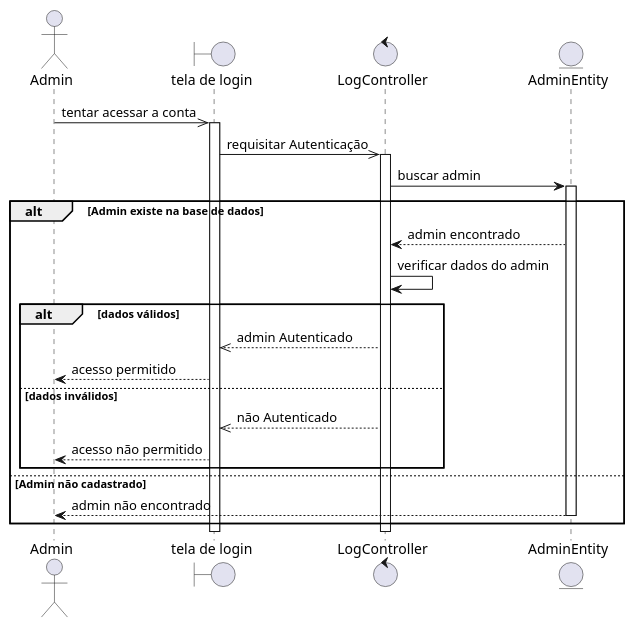
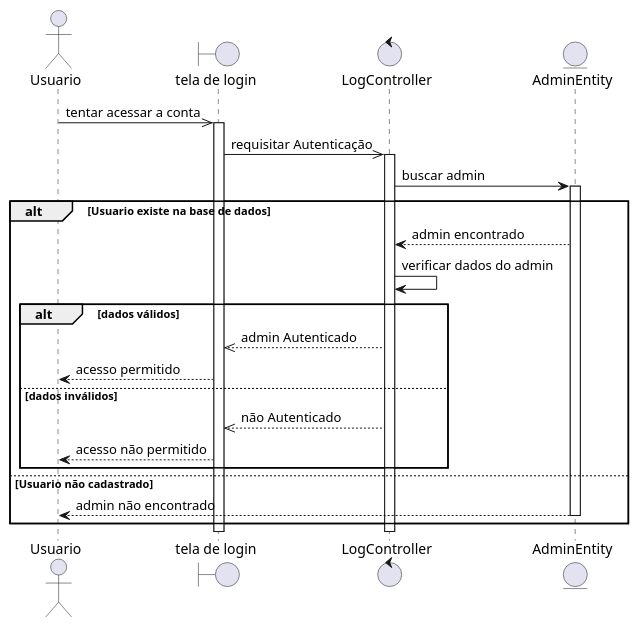
The diagram in design/sequence_code/autenticacao/admin.login.wsd (rodrigoRolim/AC-backend), drawn with PlantUML before and after one commit. The commit also changed 61 other files, not shown here.

Commit message:
change requeriments and diagrams

```diff
--- a/design/sequence_code/autenticacao/admin.login.wsd
+++ b/design/sequence_code/autenticacao/admin.login.wsd
@@ -1,33 +1,33 @@
 @startuml
-actor Admin
+actor Usuario
 boundary "tela de login" as login
 control LogController as controle
 entity AdminEntity as entidade
 
-Admin ->> login: tentar acessar a conta
+Usuario ->> login: tentar acessar a conta
 activate login
 login ->> controle: requisitar Autenticação
 activate controle
 
 controle -> entidade: buscar admin
     activate entidade
-    alt Admin existe na base de dados
+    alt Usuario existe na base de dados
         
         entidade --> controle: admin encontrado
         'deactivate controle
          controle -> controle: verificar dados do admin
         alt dados válidos
             controle -->> login: admin Autenticado
-            login --> Admin: acesso permitido 
+            login --> Usuario: acesso permitido 
         else dados inválidos
             
             login <<-- controle: não Autenticado
-            login --> Admin: acesso não permitido
+            login --> Usuario: acesso não permitido
         end
        
-    else Admin não cadastrado
+    else Usuario não cadastrado
         
-        entidade --> Admin: admin não encontrado
+        entidade --> Usuario: admin não encontrado
         deactivate entidade
 end
 @enduml
```
